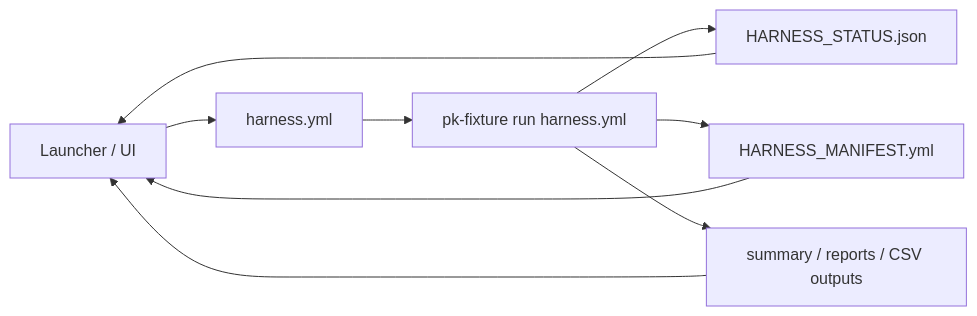
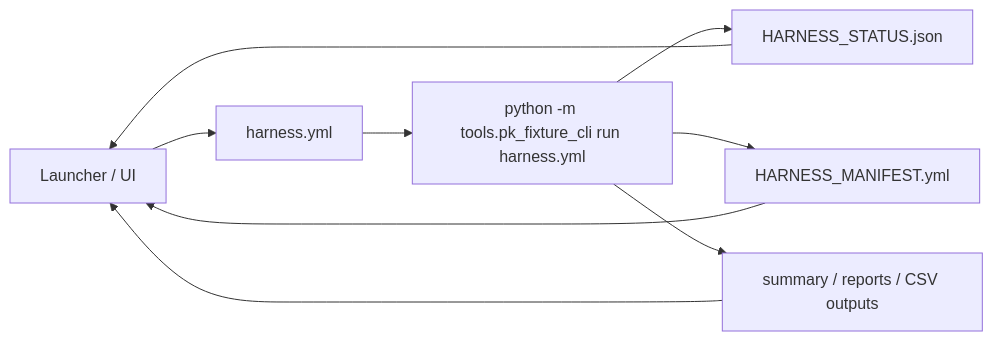
Before and after one commit to Y-Fukiya/pkdummy-harness: the diagram in docs/LAUNCHER_CONTRACT.md, drawn with Mermaid. The commit also changed other lines of this file and 9 other files, not shown here.

````diff
--- a/docs/LAUNCHER_CONTRACT.md
+++ b/docs/LAUNCHER_CONTRACT.md
@@ -9,11 +9,11 @@
 ```mermaid
 flowchart LR
     A["Launcher / UI"] --> B["harness.yml"]
-    B --> C["pk-fixture run harness.yml"]
+    B --> C["python -m tools.pk_fixture_cli run harness.yml"]
     C --> D["HARNESS_STATUS.json"]
     C --> E["HARNESS_MANIFEST.yml"]
 C --> F["summary / reports / CSV outputs"]
     D --> A
     E --> A
     F --> A
 ```
````
